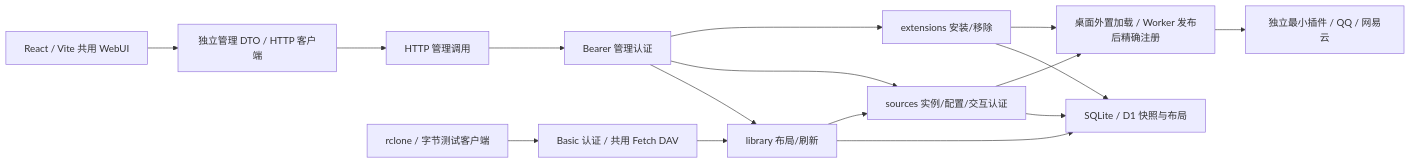
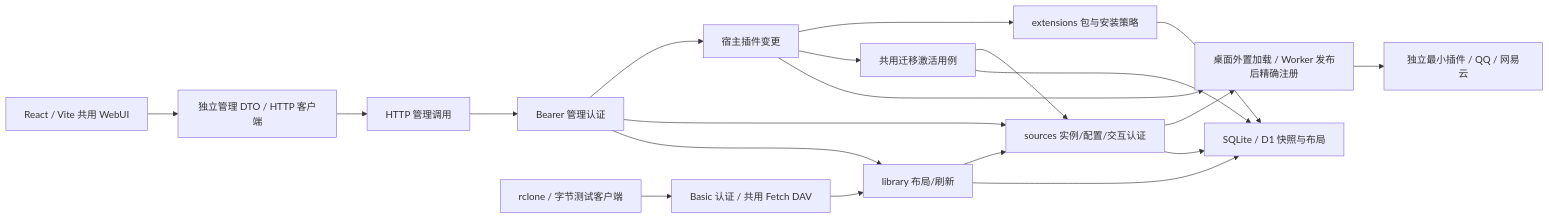
Before and after one commit to shengyusi-SYS/musicfs: the first of 12 diagrams in docs/architecture/diagrams.md, drawn with Mermaid. The commit also changed other lines of this file and 40 other files, not shown here.

````diff
--- a/docs/architecture/diagrams.md
+++ b/docs/architecture/diagrams.md
@@ -11,18 +11,22 @@
 ```mermaid
 flowchart LR
   Web[React / Vite 共用 WebUI] --> DTO[独立管理 DTO / HTTP 客户端]
   DTO --> Manage[HTTP 管理调用]
   Manage --> Auth[Bearer 管理认证]
-  Auth --> E[extensions 安装/移除]
+  Auth --> CH[宿主插件变更]
+  CH --> E[extensions 包与安装策略]
+  CH --> UC[共用迁移激活用例]
+  UC --> S
   Auth --> S[sources 实例/配置/交互认证]
   Auth --> L[library 布局/刷新]
-  E --> Host[桌面外置加载 / Worker 发布后精确注册]
+  CH --> Host[桌面外置加载 / Worker 发布后精确注册]
   L --> S
   S --> Host
   Host --> Plugin[独立最小插件 / QQ / 网易云]
   Client[rclone / 字节测试客户端] --> DAV[Basic 认证 / 共用 Fetch DAV]
   DAV --> L
   L --> Store[SQLite / D1 快照与布局]
   S --> Store
   E --> Store
+  UC --> Store
 ```
````
